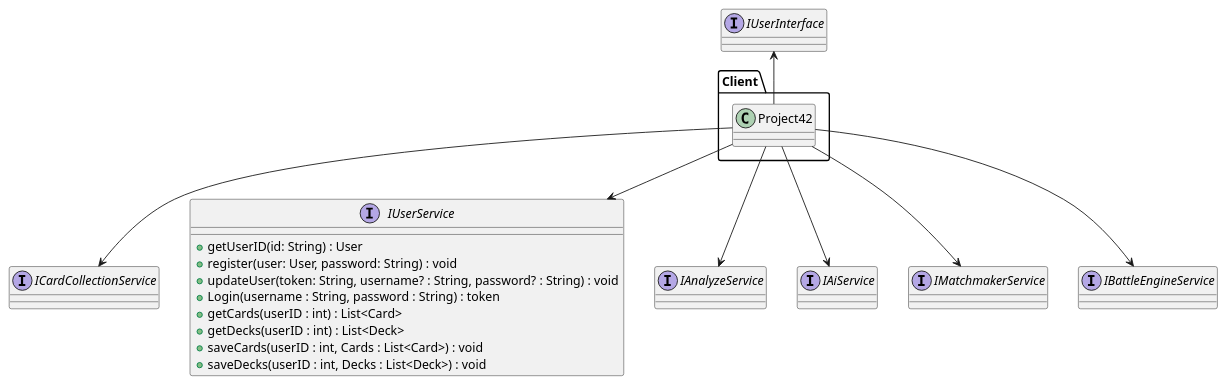
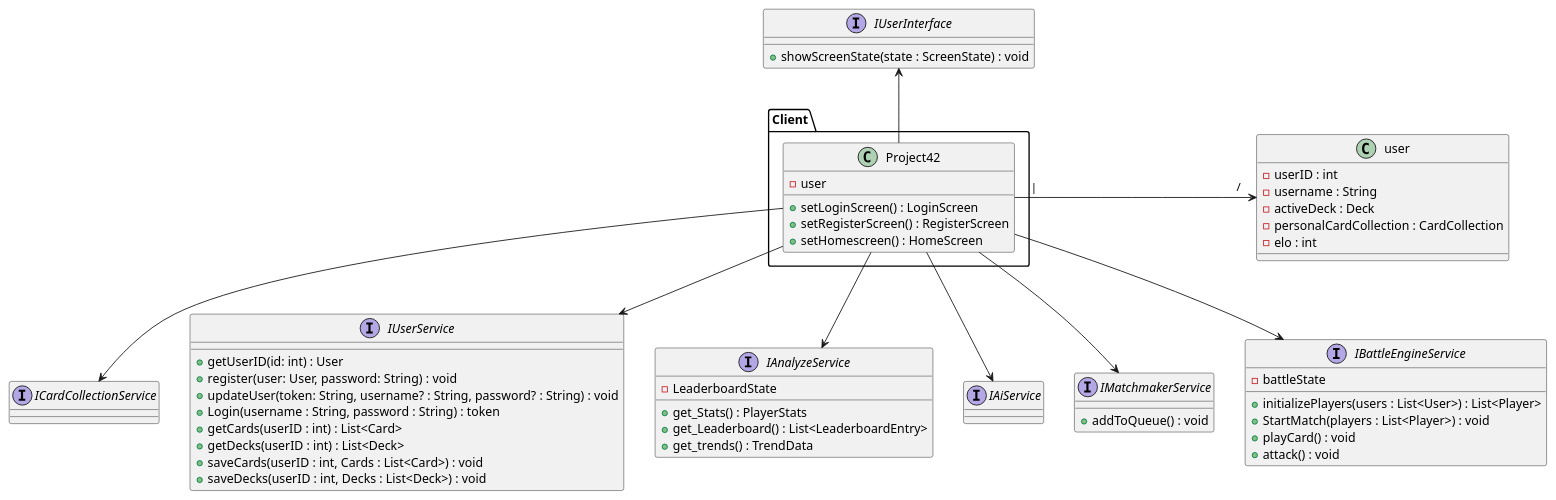
The diagram in implementation view/overviewInterfaces.puml (RobKokx/diagrammen-SAD-Pinc), drawn with PlantUML before and after one commit. The commit also changed 1 other file, not shown here.

```diff
--- a/implementation view/overviewInterfaces.puml
+++ b/implementation view/overviewInterfaces.puml
@@ -1,34 +1,64 @@
 @startuml
 
-interface "IUserInterface" as UI{}
+interface "IUserInterface" as UI{
++showScreenState(state : ScreenState) : void
+}
 
 package Client{
-class "Project42" as client
+class "Project42" as client{
+- user
++setLoginScreen() : LoginScreen
++setRegisterScreen() : RegisterScreen
++setHomescreen() : HomeScreen
+
+}
 }
 
 interface "ICardCollectionService" as CCS{}
 interface "IUserService" as US{
-+getUserID(id: String) : User
++getUserID(id: int) : User
 +register(user: User, password: String) : void
 +updateUser(token: String, username? : String, password? : String) : void
 +Login(username : String, password : String) : token
 +getCards(userID : int) : List<Card>
 +getDecks(userID : int) : List<Deck>
 +saveCards(userID : int, Cards : List<Card>) : void
 +saveDecks(userID : int, Decks : List<Deck>) : void
 }
-interface "IAnalyzeService" as AS{}
+interface "IAnalyzeService" as AS{
+-LeaderboardState
++get_Stats() : PlayerStats
++get_Leaderboard() : List<LeaderboardEntry>
++get_trends() : TrendData
+}
 interface "IAiService" as AiS{}
-interface "IMatchmakerService" as MS{}
-interface "IBattleEngineService" as BES{}
+interface "IMatchmakerService" as MS{
++addToQueue() : void
+}
+interface "IBattleEngineService" as BES{
+-battleState
++initializePlayers(users : List<User>) : List<Player>
++StartMatch(players : List<Player>) : void
++playCard() : void
++attack() : void
+}
 
+class user{
+ - userID : int
+ - username : String
+ - activeDeck : Deck
+ - personalCardCollection : CardCollection
+ - elo : int
+}
+
+client -> user : |                                                                   /
 client --> CCS
 client --> US
 client --> AS
 client --> AiS
 client --> MS
 client --> BES
 UI <-- client
 
 
 @enduml
```
